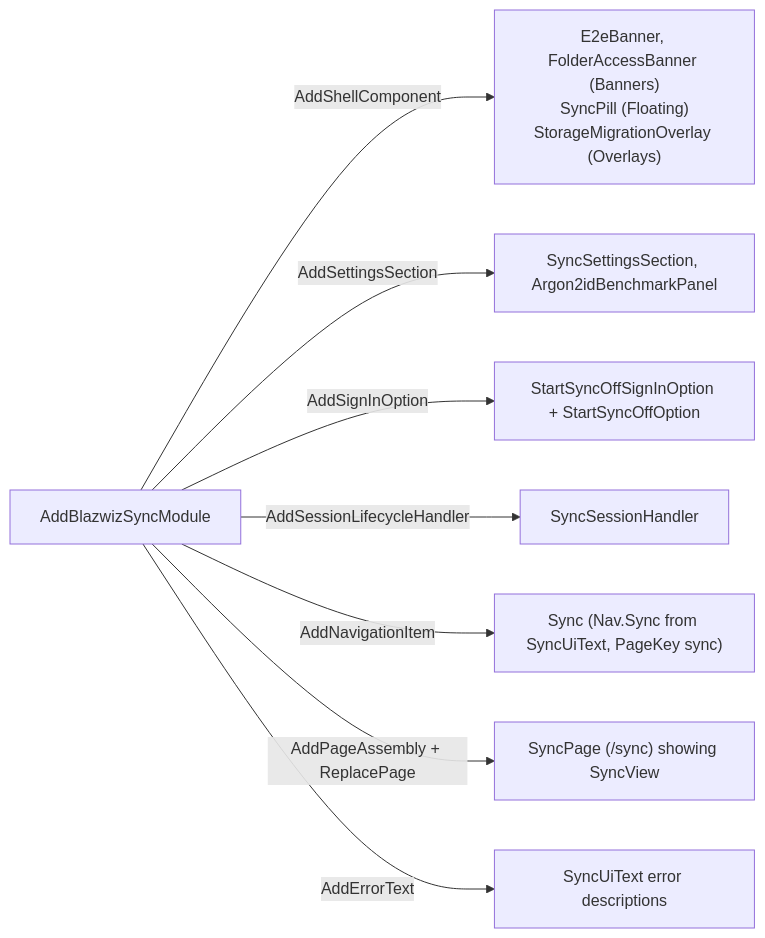
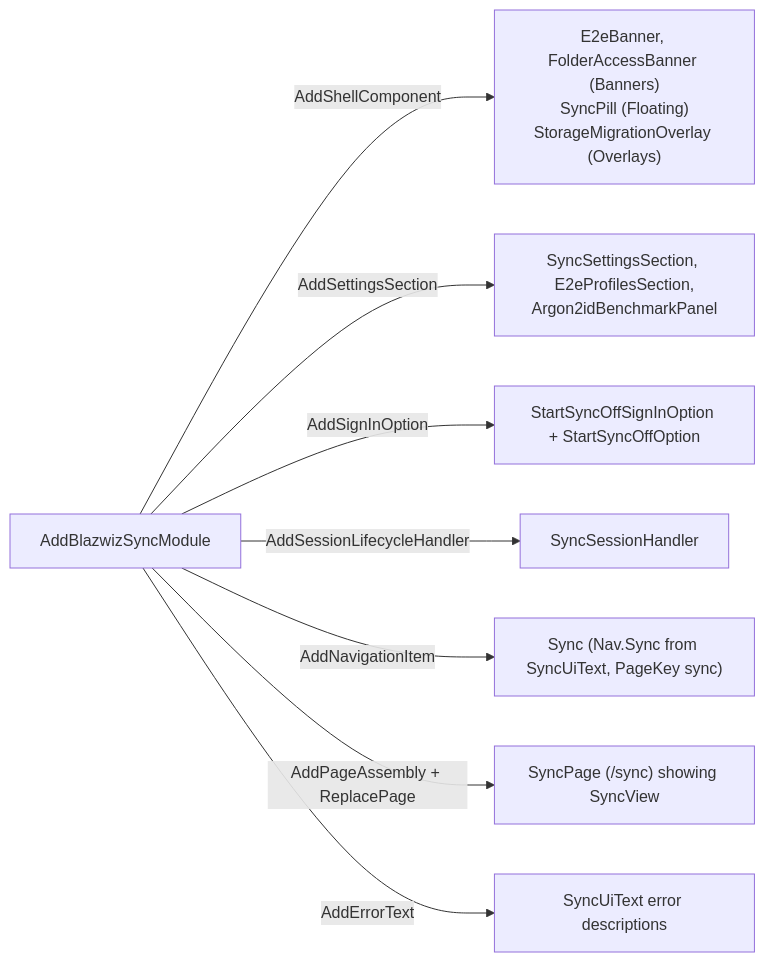
Before and after one commit to devoctomy/blazwiz: the second of 4 diagrams in docs/diagrams/extension-points.md, drawn with Mermaid. The commit also changed other lines of this file and 66 other files, not shown here.

Commit message:
feat: ability to change argon2id settings (#37)

````diff
--- a/docs/diagrams/extension-points.md
+++ b/docs/diagrams/extension-points.md
@@ -64,11 +69,11 @@
 ```mermaid
 flowchart LR
     Mod["AddBlazwizSyncModule"]
     Mod -- "AddShellComponent" --> R1["E2eBanner, FolderAccessBanner (Banners)<br/>SyncPill (Floating)<br/>StorageMigrationOverlay (Overlays)"]
-    Mod -- "AddSettingsSection" --> R2["SyncSettingsSection, Argon2idBenchmarkPanel"]
+    Mod -- "AddSettingsSection" --> R2["SyncSettingsSection, E2eProfilesSection,<br/>Argon2idBenchmarkPanel"]
     Mod -- "AddSignInOption" --> R3["StartSyncOffSignInOption + StartSyncOffOption"]
     Mod -- "AddSessionLifecycleHandler" --> R4["SyncSessionHandler"]
     Mod -- "AddNavigationItem" --> R5["Sync (Nav.Sync from SyncUiText, PageKey sync)"]
     Mod -- "AddPageAssembly + ReplacePage" --> R6["SyncPage (/sync) showing SyncView"]
     Mod -- "AddErrorText" --> R7["SyncUiText error descriptions"]
 ```
````
